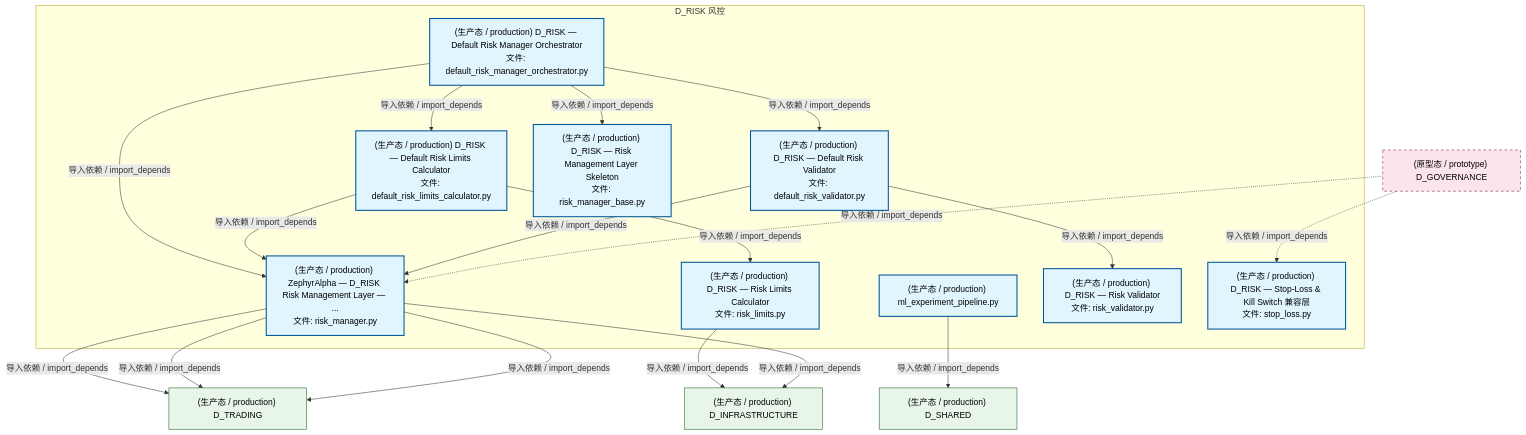
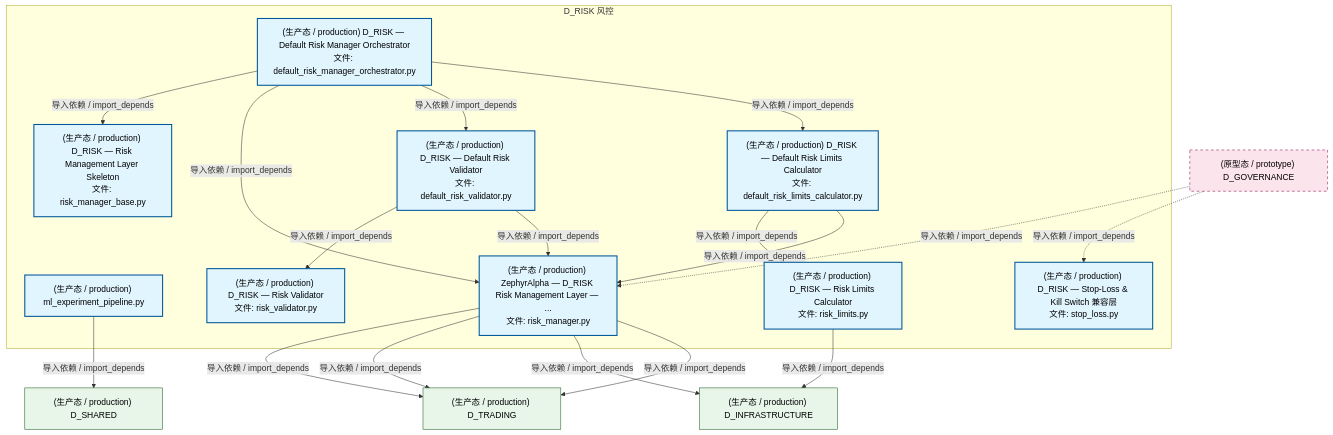
One commit to xuanFelixVan/ZephyrAlpha changed the second of 4 diagrams in docs/02_enterprise_architecture/02_domain_architecture_docs/54_d_risk.md. Above: the diagram before and after it, drawn with Mermaid. The commit also changed other lines of this file and 99 other files, not shown here.

````diff
--- a/docs/02_enterprise_architecture/02_domain_architecture_docs/54_d_risk.md
+++ b/docs/02_enterprise_architecture/02_domain_architecture_docs/54_d_risk.md
@@ -133,41 +133,41 @@
 ```mermaid
 graph TD
     subgraph D_RISK["D_RISK 风控"]
         src_zephyr_risk_cross_asset_cross_market_data_adapter_ml_experiment_pipeline_py["(生产态 / production) ml_experiment_pipeline.py"]
         src_zephyr_risk_implementations_default_risk_limits_calculator_py["(生产态 / production) D_RISK — Default Risk Limits Calculator<br/>文件: default_risk_limits_calculator.py"]
         src_zephyr_risk_implementations_default_risk_manager_orchestrator_py["(生产态 / production) D_RISK — Default Risk Manager Orchestrator<br/>文件: default_risk_manager_orchestrator.py"]
         src_zephyr_risk_implementations_default_risk_validator_py["(生产态 / production) D_RISK — Default Risk Validator<br/>文件: default_risk_validator.py"]
         src_zephyr_risk_risk_limits_py["(生产态 / production) D_RISK — Risk Limits Calculator<br/>文件: risk_limits.py"]
         src_zephyr_risk_risk_manager_py["(生产态 / production) ZephyrAlpha — D_RISK Risk Management Layer — ...<br/>文件: risk_manager.py"]
         src_zephyr_risk_risk_manager_base_py["(生产态 / production) D_RISK — Risk Management Layer Skeleton<br/>文件: risk_manager_base.py"]
         src_zephyr_risk_risk_validator_py["(生产态 / production) D_RISK — Risk Validator<br/>文件: risk_validator.py"]
         src_zephyr_risk_stop_loss_py["(生产态 / production) D_RISK — Stop-Loss & Kill Switch 兼容层<br/>文件: stop_loss.py"]
     end
+    src_zephyr_risk_implementations_default_risk_validator_py -->|导入依赖 / import_depends| src_zephyr_risk_risk_validator_py
+    src_zephyr_risk_implementations_default_risk_validator_py -->|导入依赖 / import_depends| src_zephyr_risk_risk_manager_py
+    src_zephyr_risk_implementations_default_risk_manager_orchestrator_py -->|导入依赖 / import_depends| src_zephyr_risk_risk_manager_base_py
     src_zephyr_risk_implementations_default_risk_manager_orchestrator_py -->|导入依赖 / import_depends| src_zephyr_risk_risk_manager_py
-    src_zephyr_risk_implementations_default_risk_manager_orchestrator_py -->|导入依赖 / import_depends| src_zephyr_risk_risk_manager_base_py
+    src_zephyr_risk_implementations_default_risk_manager_orchestrator_py -->|导入依赖 / import_depends| src_zephyr_risk_implementations_default_risk_validator_py
     src_zephyr_risk_implementations_default_risk_manager_orchestrator_py -->|导入依赖 / import_depends| src_zephyr_risk_implementations_default_risk_limits_calculator_py
-    src_zephyr_risk_implementations_default_risk_manager_orchestrator_py -->|导入依赖 / import_depends| src_zephyr_risk_implementations_default_risk_validator_py
     src_zephyr_risk_implementations_default_risk_limits_calculator_py -->|导入依赖 / import_depends| src_zephyr_risk_risk_limits_py
     src_zephyr_risk_implementations_default_risk_limits_calculator_py -->|导入依赖 / import_depends| src_zephyr_risk_risk_manager_py
-    src_zephyr_risk_implementations_default_risk_validator_py -->|导入依赖 / import_depends| src_zephyr_risk_risk_manager_py
-    src_zephyr_risk_implementations_default_risk_validator_py -->|导入依赖 / import_depends| src_zephyr_risk_risk_validator_py
     D_TRADING["(生产态 / production) D_TRADING"]
     src_zephyr_risk_risk_manager_py -->|导入依赖 / import_depends| D_TRADING
     D_INFRASTRUCTURE["(生产态 / production) D_INFRASTRUCTURE"]
     src_zephyr_risk_risk_limits_py -->|导入依赖 / import_depends| D_INFRASTRUCTURE
     src_zephyr_risk_risk_manager_py -->|导入依赖 / import_depends| D_TRADING
     src_zephyr_risk_risk_manager_py -->|导入依赖 / import_depends| D_INFRASTRUCTURE
     src_zephyr_risk_risk_manager_py -->|导入依赖 / import_depends| D_TRADING
     D_SHARED["(生产态 / production) D_SHARED"]
     src_zephyr_risk_cross_asset_cross_market_data_adapter_ml_experiment_pipeline_py -->|导入依赖 / import_depends| D_SHARED
     D_GOVERNANCE["(原型态 / prototype) D_GOVERNANCE"]
     D_GOVERNANCE -.->|导入依赖 / import_depends| src_zephyr_risk_risk_manager_py
     D_GOVERNANCE -.->|导入依赖 / import_depends| src_zephyr_risk_stop_loss_py
     classDef production fill:#e1f5fe,stroke:#01579b,stroke-width:2px,color:#000
     classDef design fill:#fff3e0,stroke:#e65100,stroke-width:2px,color:#000,stroke-dasharray: 5 5
     classDef external_prod fill:#e8f5e9,stroke:#1b5e20,stroke-width:1px,color:#000
     classDef external_design fill:#fce4ec,stroke:#880e4f,stroke-width:1px,color:#000,stroke-dasharray: 5 5
     class src_zephyr_risk_cross_asset_cross_market_data_adapter_ml_experiment_pipeline_py,src_zephyr_risk_implementations_default_risk_limits_calculator_py,src_zephyr_risk_implementations_default_risk_manager_orchestrator_py,src_zephyr_risk_implementations_default_risk_validator_py,src_zephyr_risk_risk_limits_py,src_zephyr_risk_risk_manager_py,src_zephyr_risk_risk_manager_base_py,src_zephyr_risk_risk_validator_py,src_zephyr_risk_stop_loss_py production
     class D_TRADING,D_INFRASTRUCTURE,D_SHARED external_prod
     class D_GOVERNANCE external_design
 ```
````
